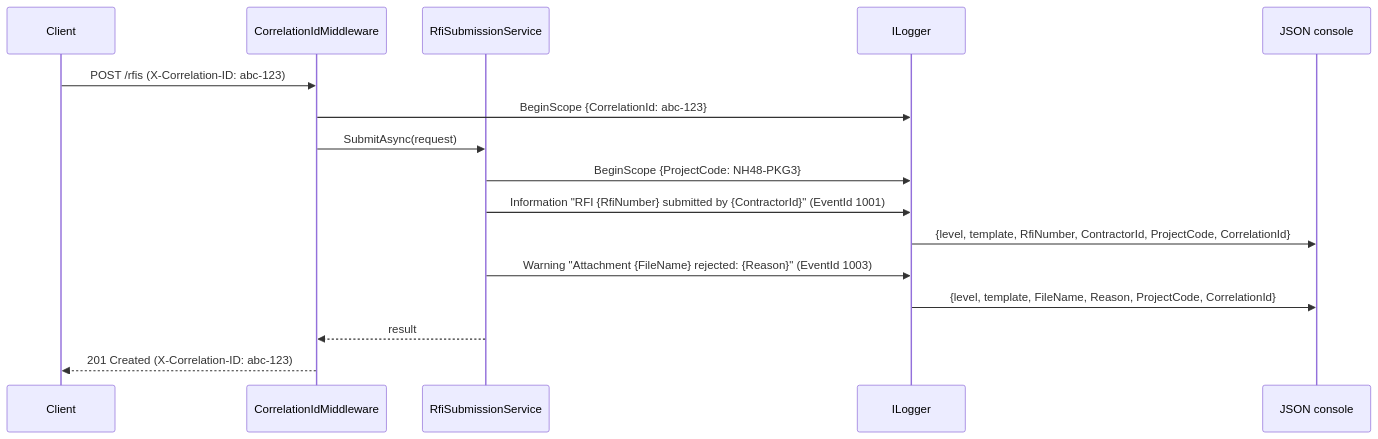
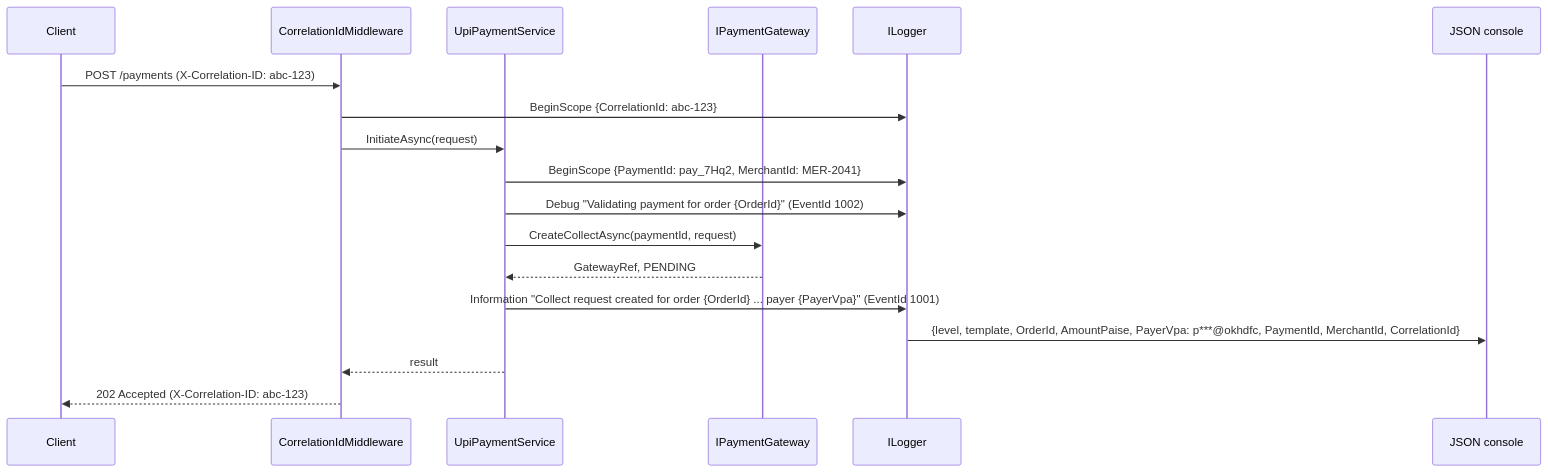
Before and after one commit to rizwi0786/system-design-lab: the second of 2 diagrams in content/lessons/m03/m03-logging.md, drawn with Mermaid. The commit also changed other lines of this file and 334 other files, not shown here.

````diff
--- a/content/lessons/m03/m03-logging.md
+++ b/content/lessons/m03/m03-logging.md
@@ -177,18 +184,20 @@
 ```mermaid
 sequenceDiagram
     participant C as Client
     participant M as CorrelationIdMiddleware
-    participant S as RfiSubmissionService
+    participant S as UpiPaymentService
+    participant G as IPaymentGateway
     participant L as ILogger
     participant J as JSON console
-    C->>M: POST /rfis (X-Correlation-ID: abc-123)
+    C->>M: POST /payments (X-Correlation-ID: abc-123)
     M->>L: BeginScope {CorrelationId: abc-123}
-    M->>S: SubmitAsync(request)
-    S->>L: BeginScope {ProjectCode: NH48-PKG3}
-    S->>L: Information "RFI {RfiNumber} submitted by {ContractorId}" (EventId 1001)
-    L->>J: {level, template, RfiNumber, ContractorId, ProjectCode, CorrelationId}
-    S->>L: Warning "Attachment {FileName} rejected: {Reason}" (EventId 1003)
-    L->>J: {level, template, FileName, Reason, ProjectCode, CorrelationId}
+    M->>S: InitiateAsync(request)
+    S->>L: BeginScope {PaymentId: pay_7Hq2, MerchantId: MER-2041}
+    S->>L: Debug "Validating payment for order {OrderId}" (EventId 1002)
+    S->>G: CreateCollectAsync(paymentId, request)
+    G-->>S: GatewayRef, PENDING
+    S->>L: Information "Collect request created for order {OrderId} ... payer {PayerVpa}" (EventId 1001)
+    L->>J: {level, template, OrderId, AmountPaise, PayerVpa: p***@okhdfc, PaymentId, MerchantId, CorrelationId}
     S-->>M: result
-    M-->>C: 201 Created (X-Correlation-ID: abc-123)
+    M-->>C: 202 Accepted (X-Correlation-ID: abc-123)
 ```
````
